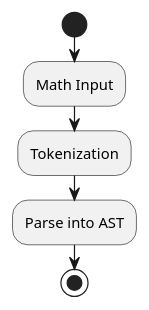
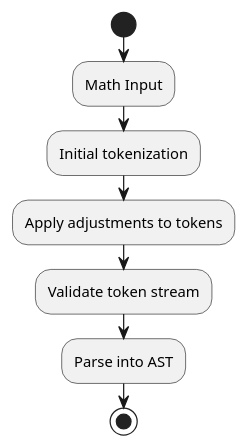
The first of 5 diagrams in docs/math.md (ichard26/runthenumbers), drawn with PlantUML before and after one commit. The commit also changed 26 other files, not shown here.

````diff
--- a/docs/math.md
+++ b/docs/math.md
@@ -9,7 +9,9 @@
 ```plantuml
 start
 :Math Input;
-:Tokenization;
+:Initial tokenization;
+:Apply adjustments to tokens;
+:Validate token stream;
 :Parse into AST;
 stop
 ```
````
